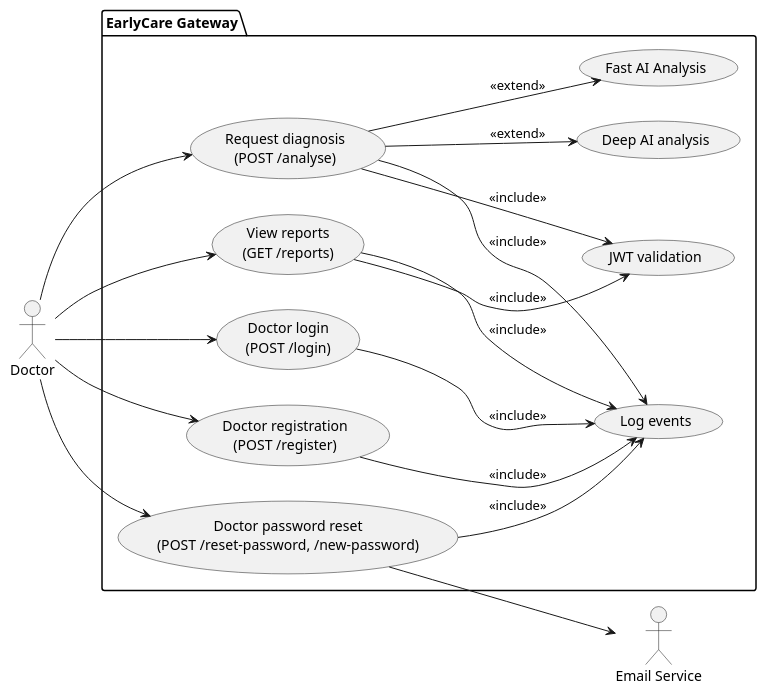
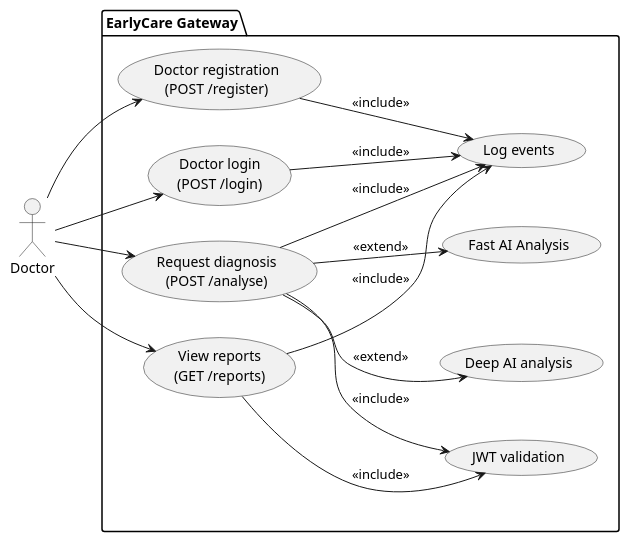
One commit to carrieroroberto/early_care_gateway changed the diagram in deliverables/uml_diagrams/use_cases.puml. Above: the diagram before and after it, drawn with PlantUML. The commit also changed 1 other file, not shown here.

Commit message:
reviewed diagrams and env

```diff
--- a/deliverables/uml_diagrams/use_cases.puml
+++ b/deliverables/uml_diagrams/use_cases.puml
@@ -1,38 +1,33 @@
 @startuml
 left to right direction
 
 actor "Doctor" as Doctor
-actor "Email Service" as EmailService
 
 package "EarlyCare Gateway" {
     usecase "Doctor registration\n(POST /register)" as UC_Register
     usecase "Doctor login\n(POST /login)" as UC_Login
     usecase "Request diagnosis\n(POST /analyse)" as UC_Analyse
     usecase "View reports\n(GET /reports)" as UC_ViewReports
-    usecase "Doctor password reset\n(POST /reset-password, /new-password)" as UC_ResetPassword
 
     usecase "JWT validation" as UC_ValidateJWT
     usecase "Log events" as UC_Logging
     usecase "Deep AI analysis" as UC_AI_Multi
     usecase "Fast AI Analysis" as UC_AI_Classic
 }
 
 Doctor --> UC_Register
 Doctor --> UC_Login
 Doctor --> UC_Analyse
 Doctor --> UC_ViewReports
-Doctor --> UC_ResetPassword
-UC_ResetPassword --> EmailService
 
 UC_Analyse --> UC_ValidateJWT : <<include>>
 UC_ViewReports --> UC_ValidateJWT : <<include>>
 UC_Register --> UC_Logging : <<include>>
 UC_Login --> UC_Logging : <<include>>
 UC_Analyse --> UC_Logging : <<include>>
 UC_ViewReports --> UC_Logging : <<include>>
-UC_ResetPassword --> UC_Logging : <<include>>
 
 UC_Analyse --> UC_AI_Multi : <<extend>>
 UC_Analyse --> UC_AI_Classic : <<extend>>
 
 @enduml
```
